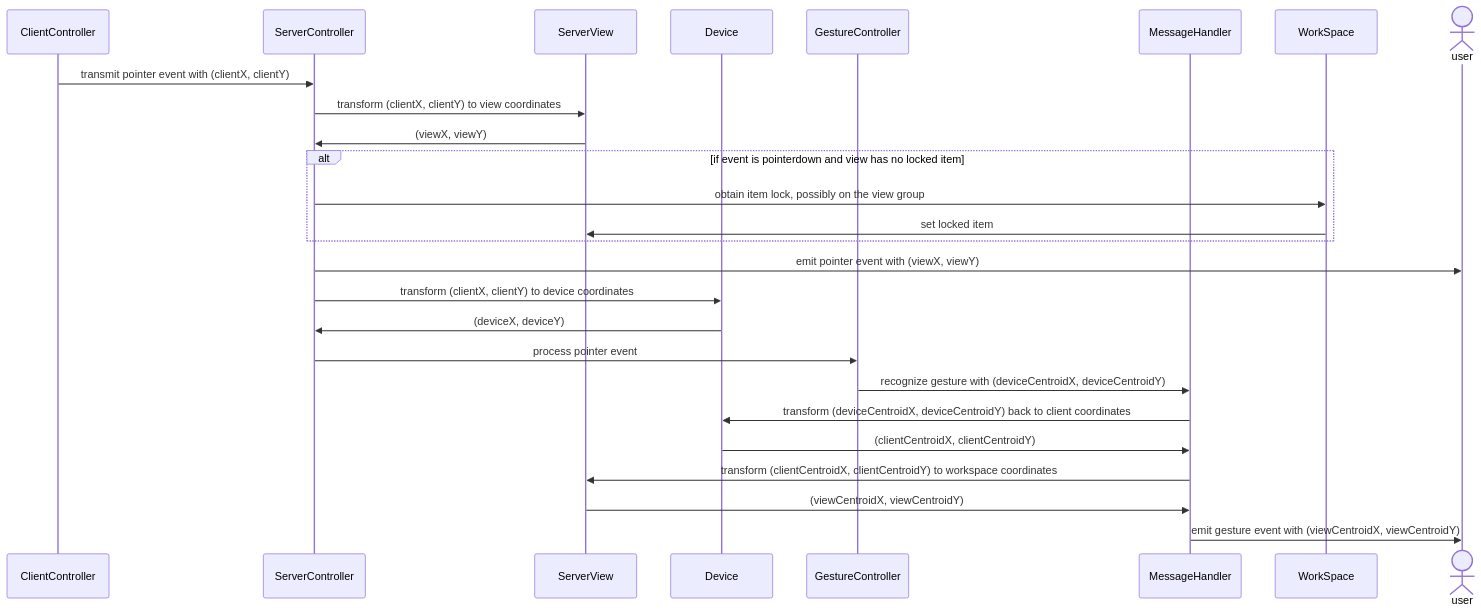
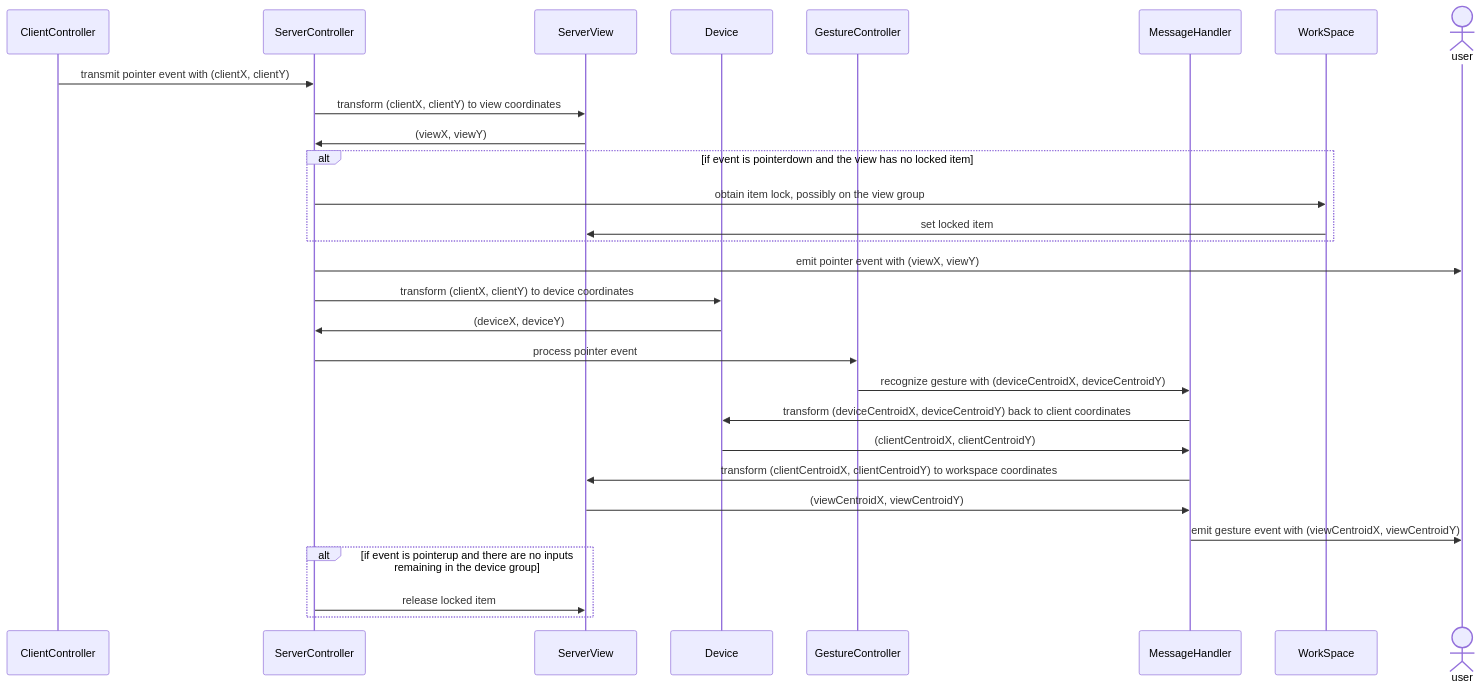
One commit to hcilab/wams changed the diagram in gestures.md. Above: the diagram before and after it, drawn with Mermaid.

Commit message:
Add stage where lock is released

````diff
--- a/gestures.md
+++ b/gestures.md
@@ -1,29 +1,35 @@
 ```mermaid
 sequenceDiagram
     participant cc as ClientController
     participant sc as ServerController
     participant sv as ServerView
     participant dv as Device
     participant gc as GestureController
     participant mh as MessageHandler
     participant ws as WorkSpace
     actor user
 
     cc ->> sc : transmit pointer event with (clientX, clientY)
     sc ->> sv : transform (clientX, clientY) to view coordinates
     sv ->> sc : (viewX, viewY)
-    alt if event is pointerdown and view has no locked item
+
+    alt if event is pointerdown and the view has no locked item
         sc ->> ws : obtain item lock, possibly on the view group
         ws ->> sv : set locked item
     end
+
     sc ->> user : emit pointer event with (viewX, viewY)
     sc ->> dv : transform (clientX, clientY) to device coordinates
     dv ->> sc : (deviceX, deviceY)
     sc ->> gc : process pointer event
     gc ->> mh : recognize gesture with (deviceCentroidX, deviceCentroidY)
     mh ->> dv : transform (deviceCentroidX, deviceCentroidY) back to client coordinates
     dv ->> mh : (clientCentroidX, clientCentroidY)
     mh ->> sv : transform (clientCentroidX, clientCentroidY) to workspace coordinates
     sv ->> mh : (viewCentroidX, viewCentroidY)
     mh ->> user : emit gesture event with (viewCentroidX, viewCentroidY)
+
+    alt if event is pointerup and there are no inputs remaining in the device group
+        sc ->> sv : release locked item
+    end
 ```
````
